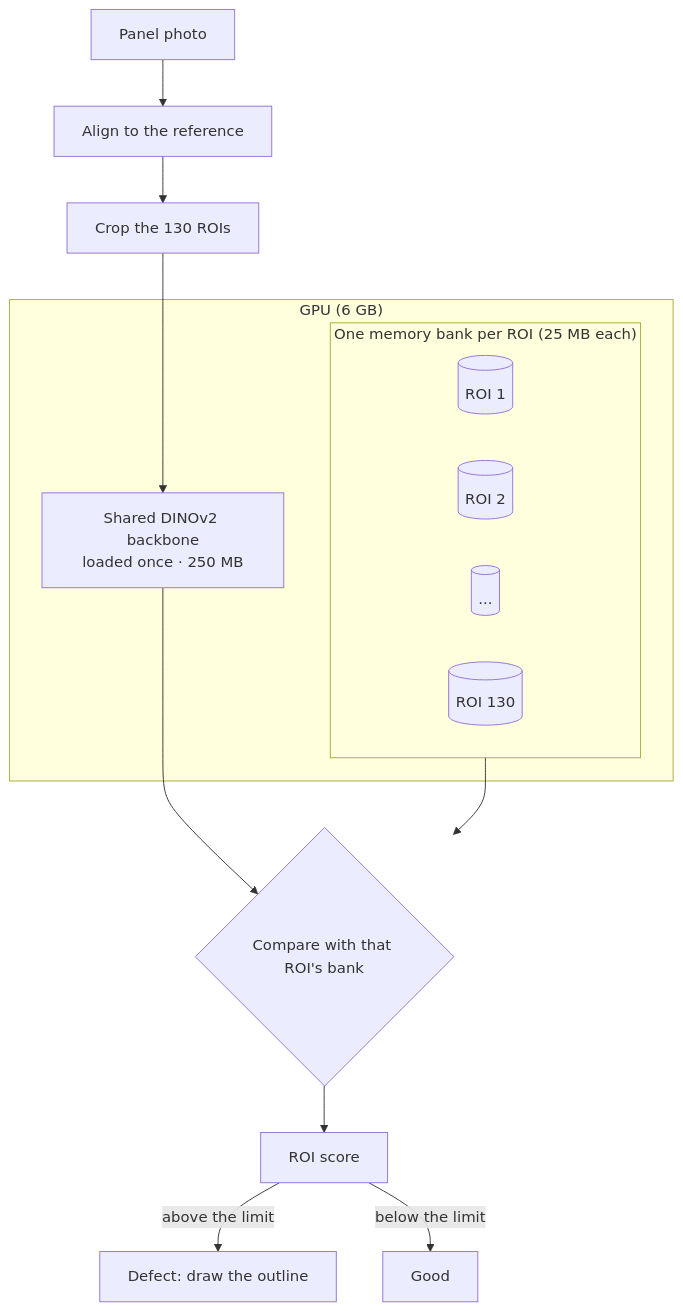
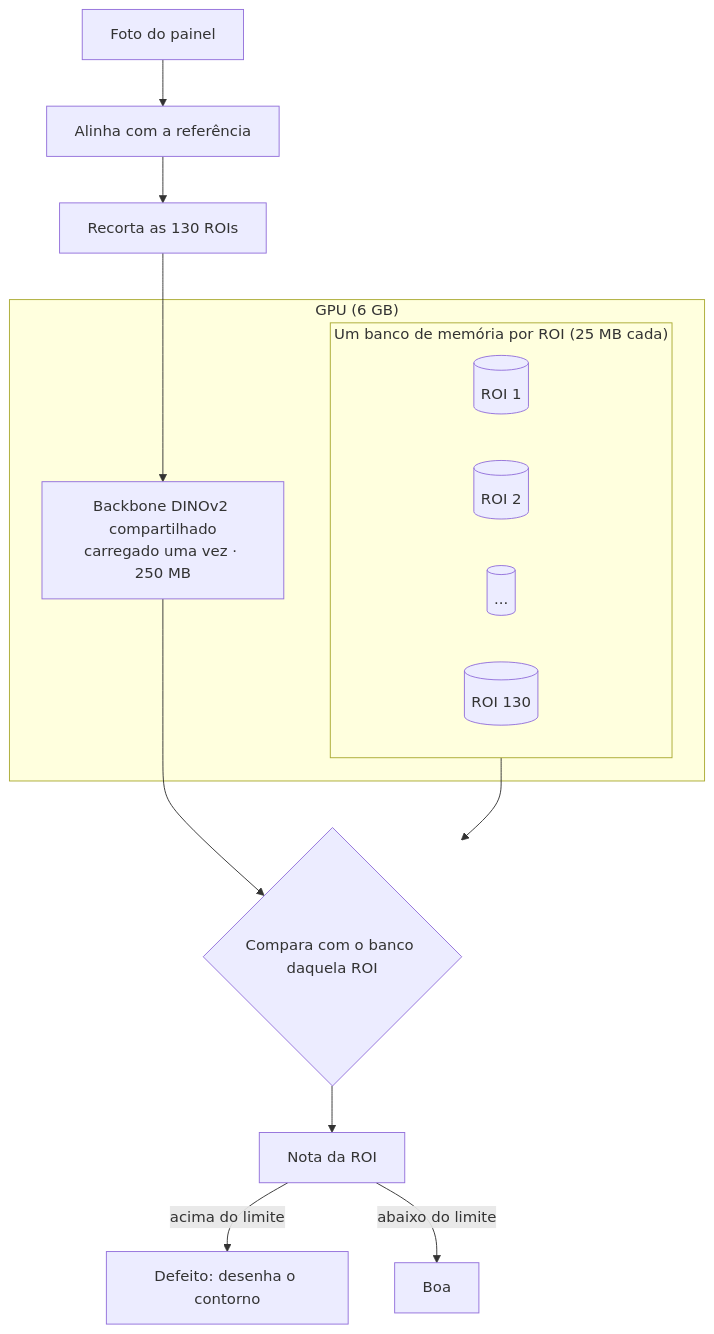
The second of 2 diagrams in README.md (andreifagds/pcb-solder-anomaly-detection), drawn with Mermaid before and after one commit. The commit also changed other lines of this file and 26 other files, not shown here.

````diff
--- a/README.md
+++ b/README.md
@@ -296,19 +296,19 @@
 ```mermaid
 flowchart TB
     subgraph GPU["GPU (6 GB)"]
-        BB["Shared DINOv2 backbone<br/>loaded once · 250 MB"]
-        subgraph Banks["One memory bank per ROI (25 MB each)"]
+        BB["Backbone DINOv2 compartilhado<br/>carregado uma vez · 250 MB"]
+        subgraph Banks["Um banco de memória por ROI (25 MB cada)"]
             M1[(ROI 1)]
             M2[(ROI 2)]
             M3[(...)]
             M4[(ROI 130)]
         end
     end
-    P[Panel photo] --> AL[Align to the reference] --> CR[Crop the 130 ROIs]
+    P[Foto do painel] --> AL[Alinha com a referência] --> CR[Recorta as 130 ROIs]
     CR --> BB
-    BB --> KNN{Compare with that ROI's bank}
+    BB --> KNN{Compara com o banco daquela ROI}
     Banks --> KNN
-    KNN --> S[ROI score]
-    S -->|above the limit| NOK[Defect: draw the outline]
-    S -->|below the limit| OK[Good]
+    KNN --> S[Nota da ROI]
+    S -->|acima do limite| NOK[Defeito: desenha o contorno]
+    S -->|abaixo do limite| OK[Boa]
 ```
````
